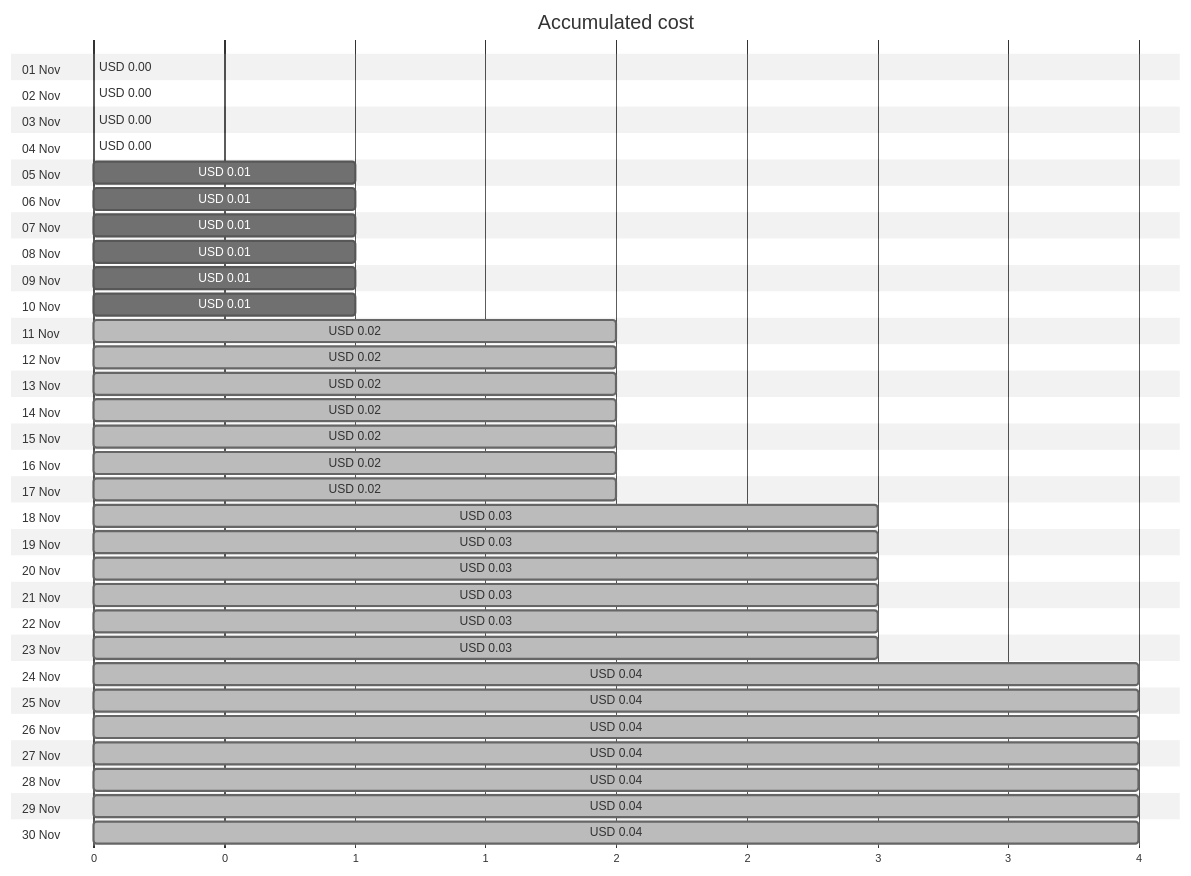
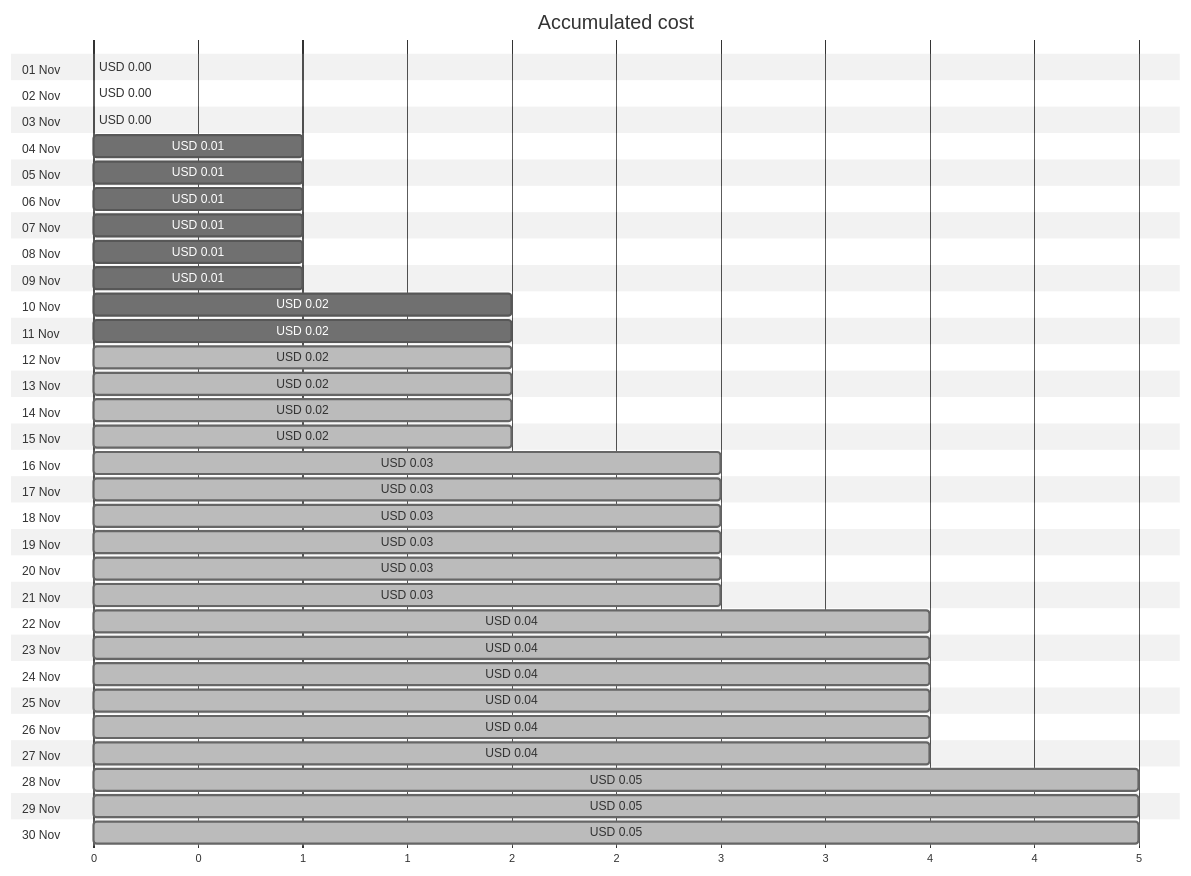
The first of 4 diagrams in cost-reports/personal-site/personalsiteapistorage.md (jpfulton/azure-personal-reports), drawn with Mermaid (neutral theme) before and after one commit. The commit also changed other lines of this file and 7 other files, not shown here.

````diff
--- a/cost-reports/personal-site/personalsiteapistorage.md
+++ b/cost-reports/personal-site/personalsiteapistorage.md
@@ -20,66 +20,66 @@
 ```mermaid
 gantt
    title Accumulated cost
    dateFormat  X
    axisFormat %s
    section 01 Nov
    USD 0.00 :0, 0
    section 02 Nov
    USD 0.00 :0, 0
    section 03 Nov
    USD 0.00 :0, 0
    section 04 Nov
-   USD 0.00 :0, 0
+   USD 0.01 :0, 1
    section 05 Nov
    USD 0.01 :0, 1
    section 06 Nov
    USD 0.01 :0, 1
    section 07 Nov
    USD 0.01 :0, 1
    section 08 Nov
    USD 0.01 :0, 1
    section 09 Nov
    USD 0.01 :0, 1
    section 10 Nov
-   USD 0.01 :0, 1
+   USD 0.02 :0, 2
    section 11 Nov
-   USD 0.02 : done, 0, 2
+   USD 0.02 :0, 2
    section 12 Nov
    USD 0.02 : done, 0, 2
    section 13 Nov
    USD 0.02 : done, 0, 2
    section 14 Nov
    USD 0.02 : done, 0, 2
    section 15 Nov
    USD 0.02 : done, 0, 2
    section 16 Nov
-   USD 0.02 : done, 0, 2
+   USD 0.03 : done, 0, 3
    section 17 Nov
-   USD 0.02 : done, 0, 2
+   USD 0.03 : done, 0, 3
    section 18 Nov
    USD 0.03 : done, 0, 3
    section 19 Nov
    USD 0.03 : done, 0, 3
    section 20 Nov
    USD 0.03 : done, 0, 3
    section 21 Nov
    USD 0.03 : done, 0, 3
    section 22 Nov
-   USD 0.03 : done, 0, 3
+   USD 0.04 : done, 0, 4
    section 23 Nov
-   USD 0.03 : done, 0, 3
+   USD 0.04 : done, 0, 4
    section 24 Nov
    USD 0.04 : done, 0, 4
    section 25 Nov
    USD 0.04 : done, 0, 4
    section 26 Nov
    USD 0.04 : done, 0, 4
    section 27 Nov
    USD 0.04 : done, 0, 4
    section 28 Nov
-   USD 0.04 : done, 0, 4
+   USD 0.05 : done, 0, 5
    section 29 Nov
-   USD 0.04 : done, 0, 4
+   USD 0.05 : done, 0, 5
    section 30 Nov
-   USD 0.04 : done, 0, 4
+   USD 0.05 : done, 0, 5
 ```
````
